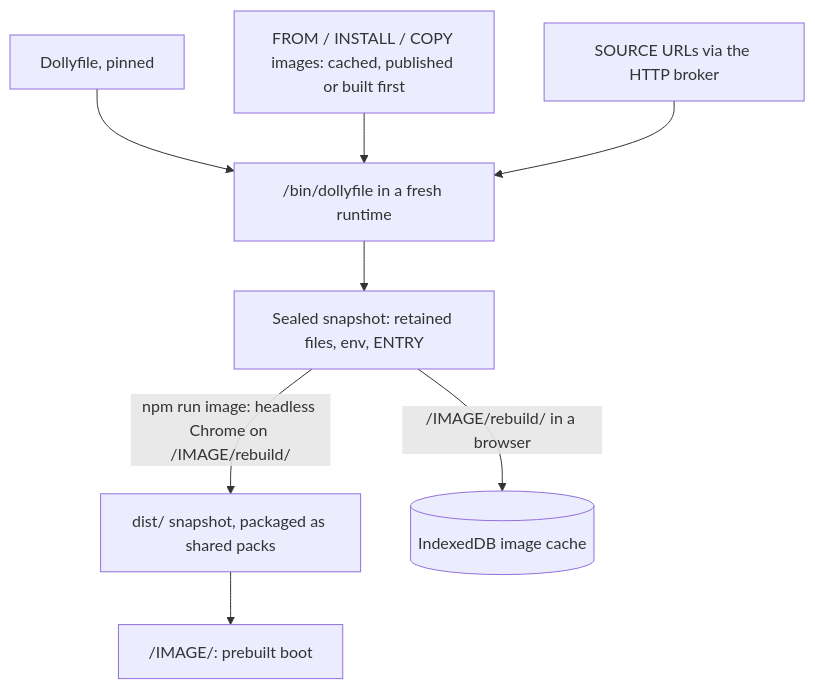
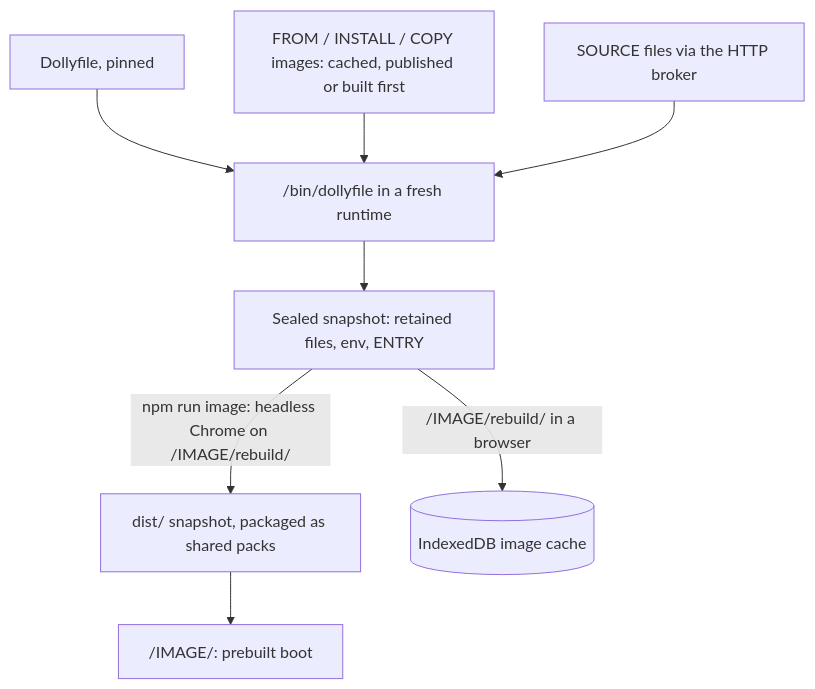
The diagram in docs/dollyfile.md (daugasauron/dolly), drawn with Mermaid before and after one commit. The commit also changed other lines of this file and 85 other files, not shown here.

````diff
--- a/docs/dollyfile.md
+++ b/docs/dollyfile.md
@@ -315,10 +322,10 @@
 ```mermaid
 flowchart TD
   recipe["Dollyfile, pinned"] --> exec
   bases["FROM / INSTALL / COPY images: cached, published or built first"] --> exec
-  inputs["SOURCE URLs via the HTTP broker"] --> exec
+  inputs["SOURCE files via the HTTP broker"] --> exec
   exec["/bin/dollyfile in a fresh runtime"] --> snap["Sealed snapshot: retained files, env, ENTRY"]
   snap -- "npm run image: headless Chrome on /IMAGE/rebuild/" --> packs["dist/ snapshot, packaged as shared packs"]
   snap -- "/IMAGE/rebuild/ in a browser" --> cache[("IndexedDB image cache")]
   packs --> boot["/IMAGE/: prebuilt boot"]
 ```
````
